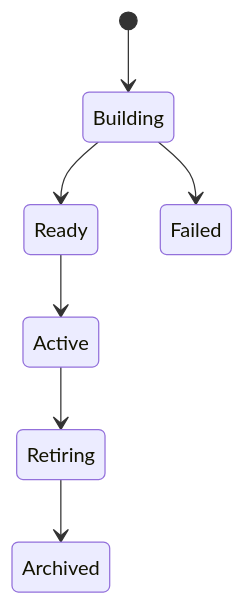
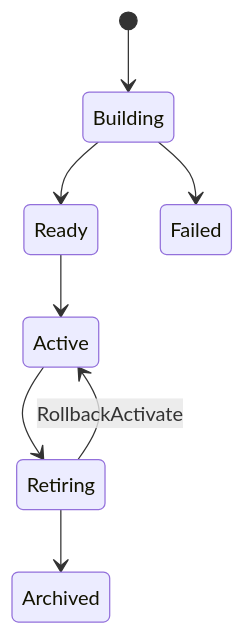
One commit to CodeZen-Lizhi/zhixu changed the third of 3 diagrams in docs/architecture/retrieval-architecture.md. Above: the diagram before and after it, drawn with Mermaid. The commit also changed other lines of this file and 59 other files, not shown here.

````diff
--- a/docs/architecture/retrieval-architecture.md
+++ b/docs/architecture/retrieval-architecture.md
@@ -168,9 +168,10 @@
 ```mermaid
 stateDiagram-v2
     [*] --> Building
     Building --> Ready
     Building --> Failed
     Ready --> Active
     Active --> Retiring
+    Retiring --> Active: RollbackActivate
     Retiring --> Archived
 ```
````
